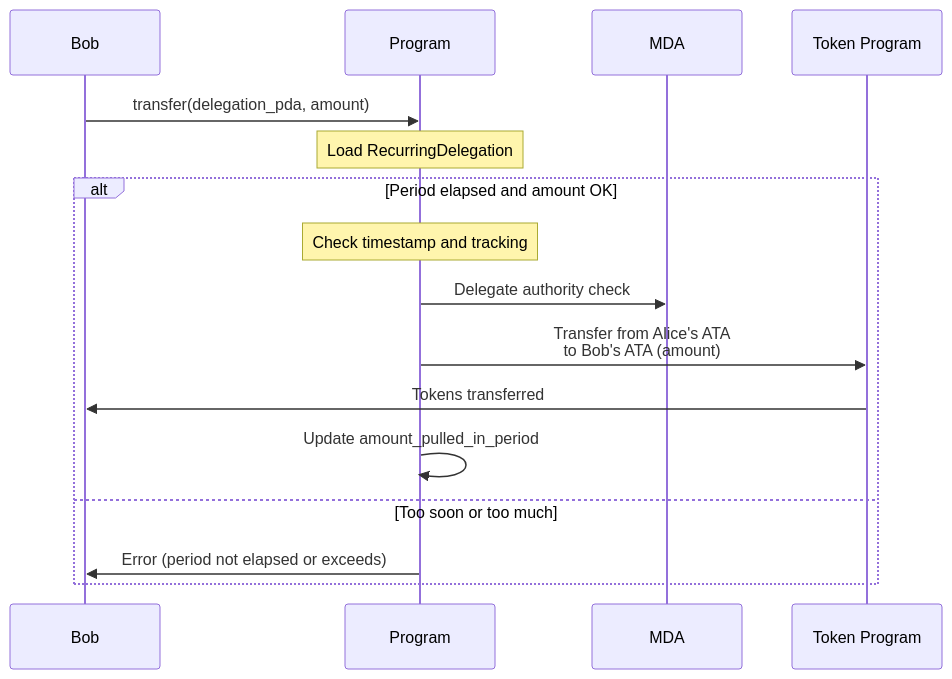
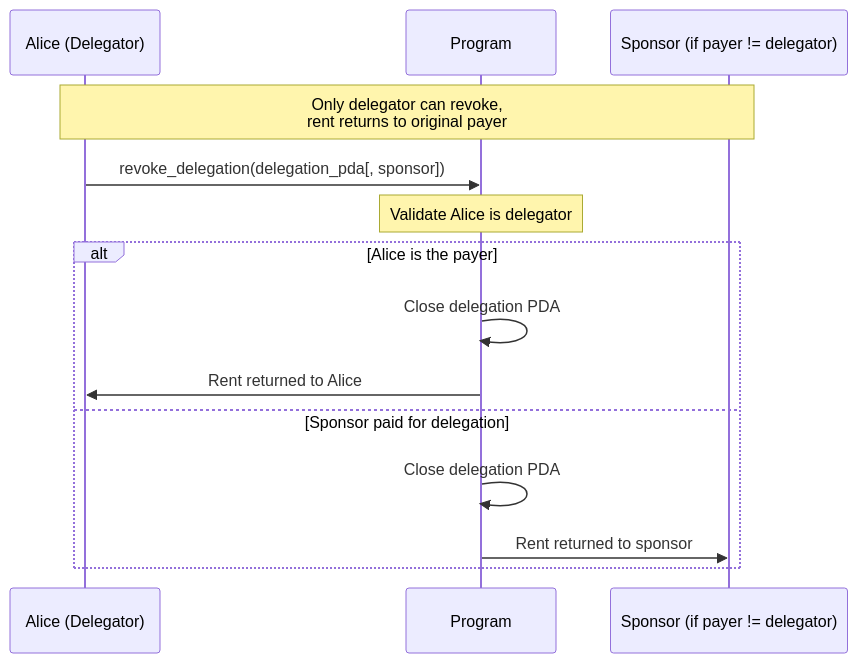
One commit to solana-program/multi-delegator changed the sixth of 6 diagrams in docs/001-multi-delegator-architecture.md. Above: the diagram before and after it, drawn with Mermaid. The commit also changed other lines of this file and 10 other files, not shown here.

````diff
--- a/docs/001-multi-delegator-architecture.md
+++ b/docs/001-multi-delegator-architecture.md
@@ -124,20 +130,19 @@
 ```mermaid
 sequenceDiagram
-    participant B as Bob
+    participant A as Alice (Delegator)
     participant P as Program
-    participant MDA as MDA
-    participant T as Token Program
+    participant S as Sponsor (if payer != delegator)
 
-    B->>P: transfer(delegation_pda, amount)
-    Note over P: Load RecurringDelegation
+    Note over A,S: Only delegator can revoke,<br/>rent returns to original payer
 
-    alt Period elapsed and amount OK
-        Note over P: Check timestamp and tracking
-        P->>MDA: Delegate authority check
-        P->>T: Transfer from Alice's ATA<br/>to Bob's ATA (amount)
-        T->>B: Tokens transferred
-        P->>P: Update amount_pulled_in_period
-    else Too soon or too much
-        P->>B: Error (period not elapsed or exceeds)
+    A->>P: revoke_delegation(delegation_pda[, sponsor])
+    Note over P: Validate Alice is delegator
+
+    alt Alice is the payer
+        P->>P: Close delegation PDA
+        P->>A: Rent returned to Alice
+    else Sponsor paid for delegation
+        P->>P: Close delegation PDA
+        P->>S: Rent returned to sponsor
     end
 ```
````
